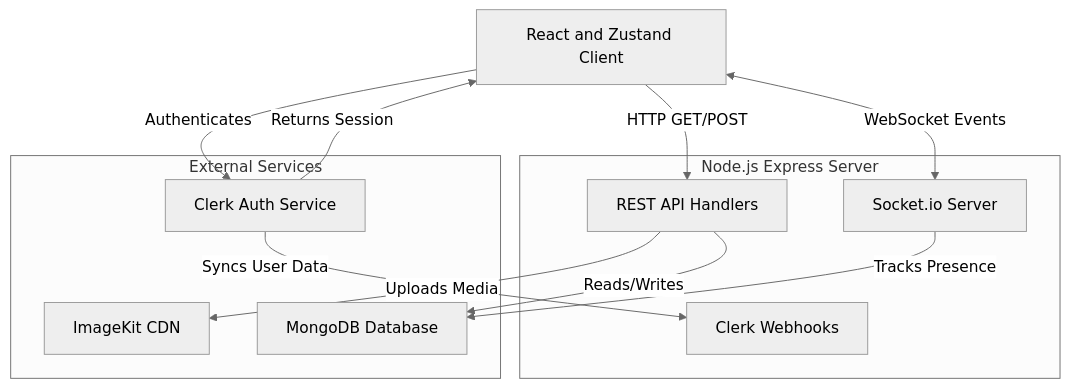
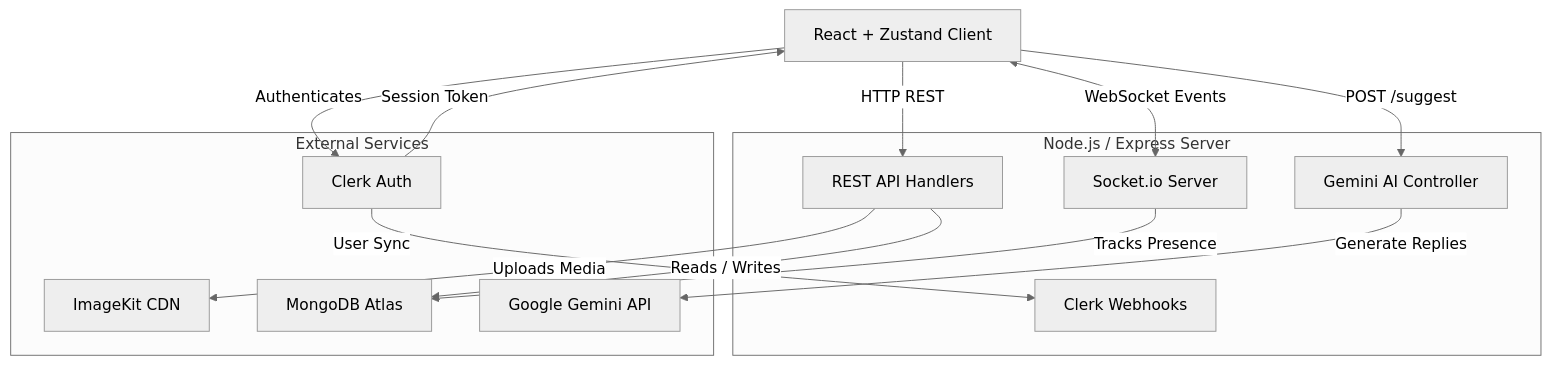
The first of 2 diagrams in README.md (Sid-LD/SocketSphere), drawn with Mermaid (neutral theme) before and after one commit. The commit also changed other lines of this file and 3 other files, not shown here.

````diff
--- a/README.md
+++ b/README.md
@@ -25,26 +41,30 @@
 ```mermaid
 graph TD
-    Client["React and Zustand Client"]
-    
-    subgraph Backend ["Node.js Express Server"]
+    Client["React + Zustand Client"]
+
+    subgraph Backend ["Node.js / Express Server"]
         REST["REST API Handlers"]
         Socket["Socket.io Server"]
-        ClerkWebhooks["Clerk Webhooks"]
+        Webhooks["Clerk Webhooks"]
+        Gemini["Gemini AI Controller"]
     end
 
-    subgraph ExternalServices ["External Services"]
-        Clerk["Clerk Auth Service"]
+    subgraph External ["External Services"]
+        ClerkSvc["Clerk Auth"]
         ImageKit["ImageKit CDN"]
-        Mongo["MongoDB Database"]
+        Mongo["MongoDB Atlas"]
+        GeminiAPI["Google Gemini API"]
     end
 
-    Client -->|Authenticates| Clerk
-    Clerk -->|Returns Session| Client
-    Client -->|HTTP GET/POST| REST
+    Client -->|Authenticates| ClerkSvc
+    ClerkSvc -->|Session Token| Client
+    Client -->|HTTP REST| REST
     Client <-->|WebSocket Events| Socket
-    Clerk -->|Syncs User Data| ClerkWebhooks
-    
-    REST -->|Reads/Writes| Mongo
+    ClerkSvc -->|User Sync| Webhooks
+
+    REST -->|Reads / Writes| Mongo
     REST -->|Uploads Media| ImageKit
     Socket -->|Tracks Presence| Mongo
+    Gemini -->|Generate Replies| GeminiAPI
+    Client -->|POST /suggest| Gemini
 ```
````
